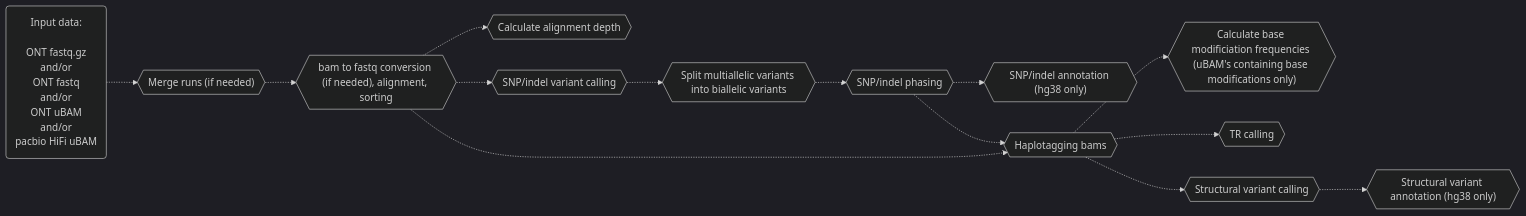
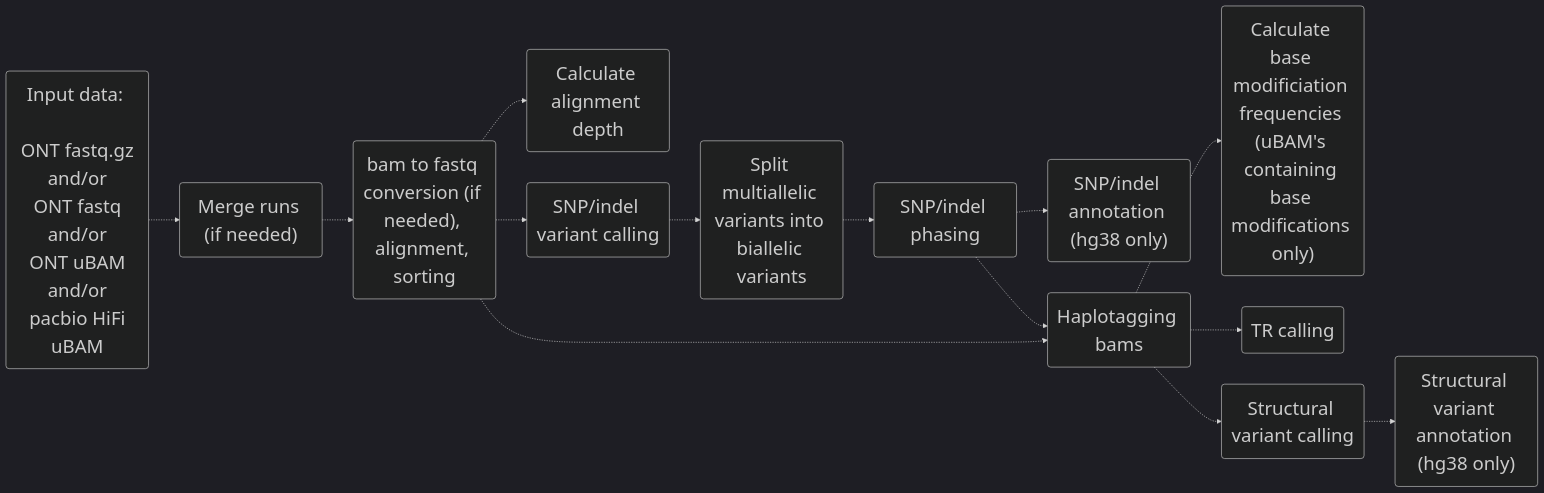
Before and after one commit to leahkemp/pipeface: the first of 3 diagrams in docs/pipeface/info.md, drawn with Mermaid. The commit also changed other lines of this file and 1 other file, not shown here.

Commit message:
make diagrams more readable

````diff
--- a/docs/pipeface/info.md
+++ b/docs/pipeface/info.md
@@ -7,26 +7,26 @@
 ```mermaid
-%%{init: {'theme':'dark'}}%%
+%%{init: {'theme':'dark', 'themeVariables': {'fontSize': '30px'}}}%%
 flowchart LR
 
 input_data("Input data: <br><br> ONT fastq.gz <br> and/or <br> ONT fastq <br> and/or <br> ONT uBAM <br> and/or <br> pacbio HiFi uBAM")
-merging{{"Merge runs (if needed)"}}
-alignment{{"bam to fastq conversion (if needed), alignment, sorting"}}
-depth{{"Calculate alignment depth"}}
-snp_indel_calling{{"SNP/indel variant calling"}}
-split_multiallele{{"Split multiallelic variants into biallelic variants"}}
-snp_indel_phasing{{"SNP/indel phasing"}}
-snp_indel_annotation{{"SNP/indel annotation (hg38 only)"}}
-haplotagging{{"Haplotagging bams"}}
-calculate_base_mod_freqs{{"Calculate base modificiation frequencies (uBAM's containing base modifications only)"}}
-tr_calling{{"TR calling"}}
-sv_calling{{"Structural variant calling"}}
-sv_annotation{{"Structural variant annotation (hg38 only)"}}
+merging("Merge runs (if needed)")
+alignment("bam to fastq conversion (if needed), alignment, sorting")
+depth("Calculate alignment depth")
+snp_indel_calling("SNP/indel variant calling")
+split_multiallele("Split multiallelic variants into biallelic variants")
+snp_indel_phasing("SNP/indel phasing")
+snp_indel_annotation("SNP/indel annotation (hg38 only)")
+haplotagging("Haplotagging bams")
+calculate_base_mod_freqs("Calculate base modificiation frequencies (uBAM's containing base modifications only)")
+tr_calling("TR calling")
+sv_calling("Structural variant calling")
+sv_annotation("Structural variant annotation (hg38 only)")
 
 input_data-.->merging-.->alignment-.->snp_indel_calling-.->split_multiallele-.->snp_indel_phasing-.->haplotagging-.->sv_calling
 alignment-.->depth
 alignment-.->haplotagging
 haplotagging-.->calculate_base_mod_freqs
 haplotagging-.->tr_calling
 snp_indel_phasing-.->snp_indel_annotation
 sv_calling-.->sv_annotation
 ```
````
